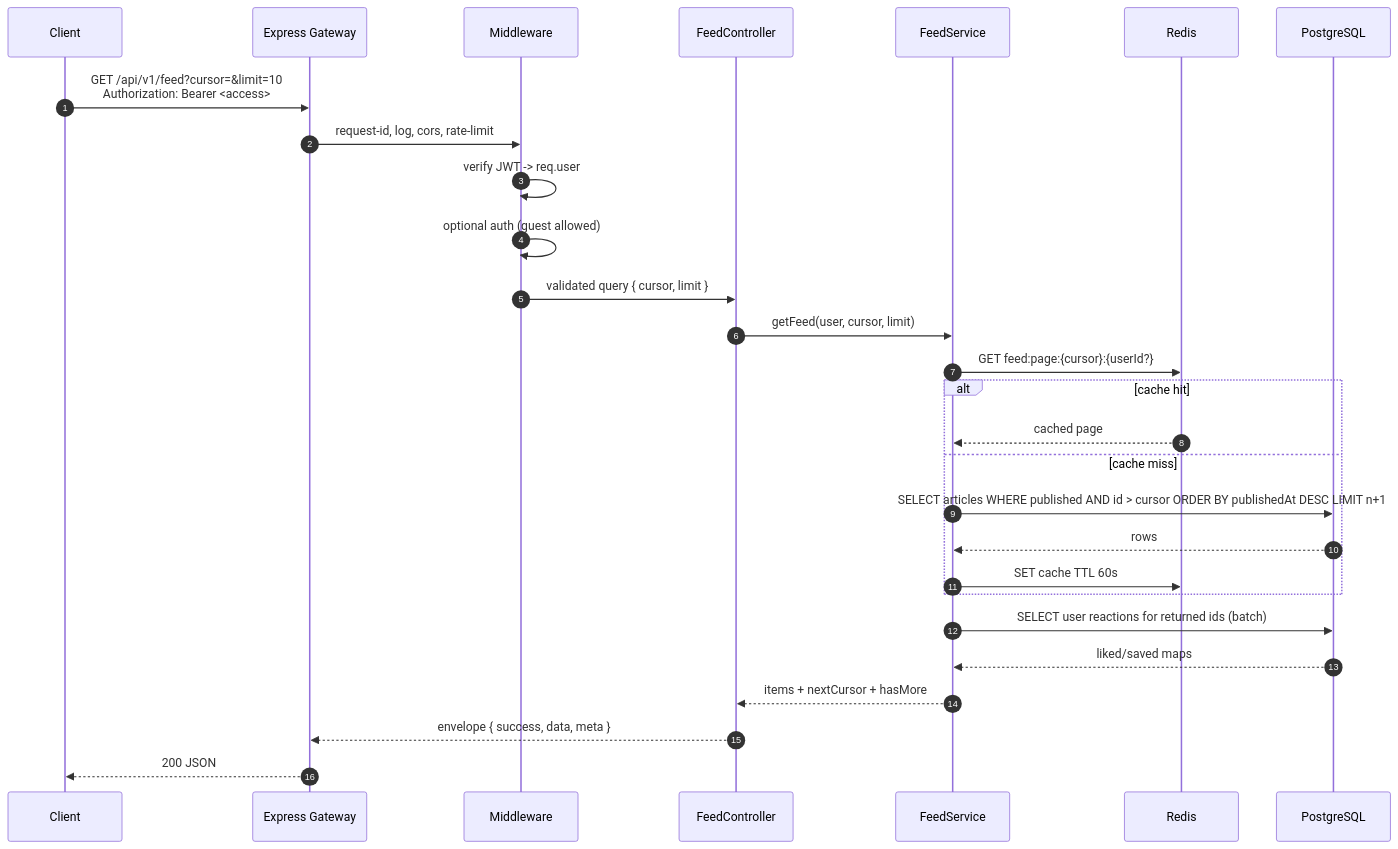
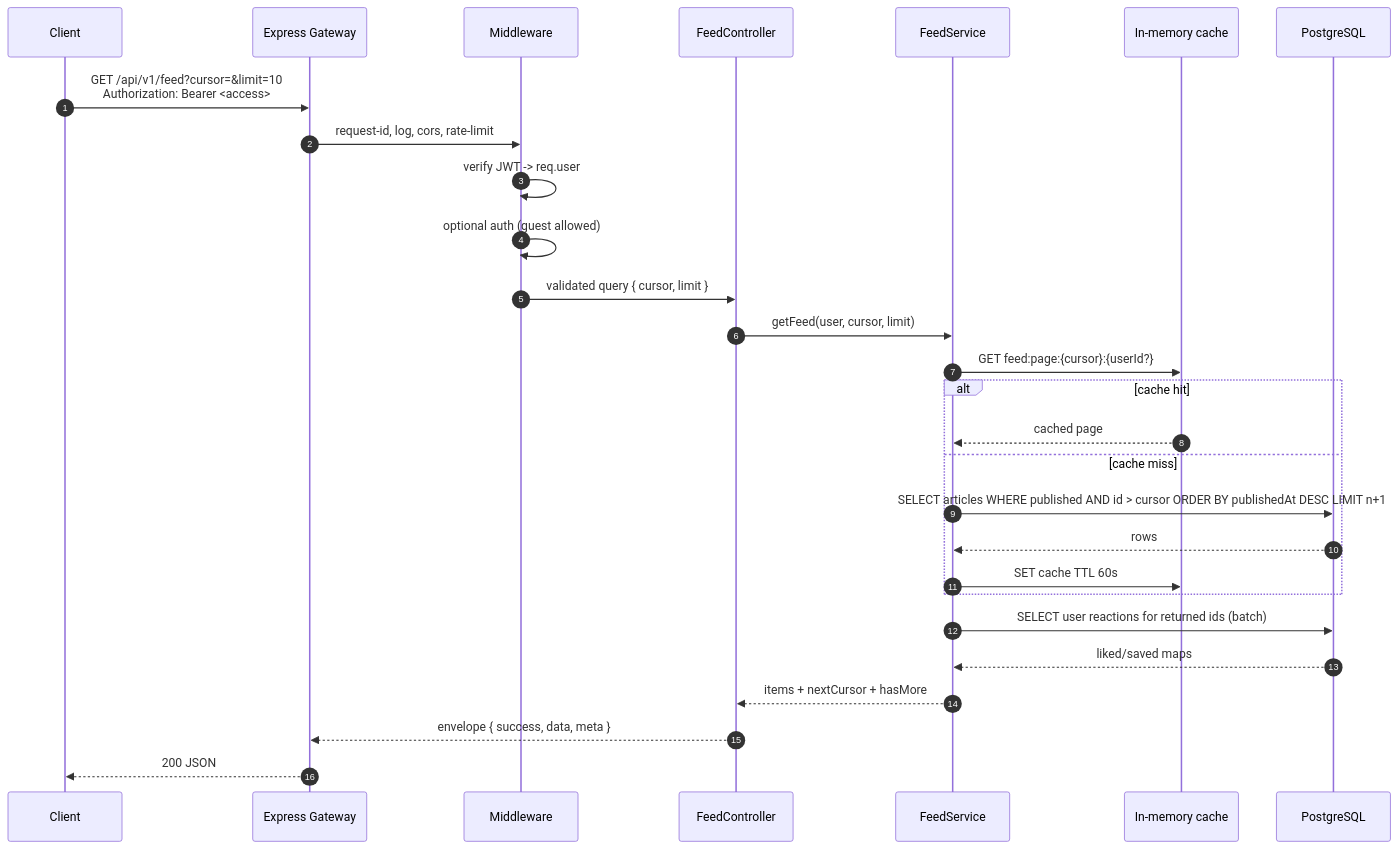
The second of 10 diagrams in docs/flows/08-api-interaction-flow.md (jeerupraveen04/Newswatchrequirement), drawn with Mermaid before and after one commit. The commit also changed other lines of this file and 64 other files, not shown here.

````diff
--- a/docs/flows/08-api-interaction-flow.md
+++ b/docs/flows/08-api-interaction-flow.md
@@ -80,31 +80,31 @@
 ```mermaid
 sequenceDiagram
   autonumber
   participant App as Client
   participant GW as Express Gateway
   participant MW as Middleware
   participant CT as FeedController
   participant SV as FeedService
-  participant RD as Redis
+  participant RD as In-memory cache
   participant DB as PostgreSQL
 
   App->>GW: GET /api/v1/feed?cursor=&limit=10<br/>Authorization: Bearer <access>
   GW->>MW: request-id, log, cors, rate-limit
   MW->>MW: verify JWT -> req.user
   MW->>MW: optional auth (guest allowed)
   MW->>CT: validated query { cursor, limit }
   CT->>SV: getFeed(user, cursor, limit)
   SV->>RD: GET feed:page:{cursor}:{userId?}
   alt cache hit
     RD-->>SV: cached page
   else cache miss
     SV->>DB: SELECT articles WHERE published AND id > cursor ORDER BY publishedAt DESC LIMIT n+1
     DB-->>SV: rows
     SV->>RD: SET cache TTL 60s
   end
   SV->>DB: SELECT user reactions for returned ids (batch)
   DB-->>SV: liked/saved maps
   SV-->>CT: items + nextCursor + hasMore
   CT-->>GW: envelope { success, data, meta }
   GW-->>App: 200 JSON
 ```
````
